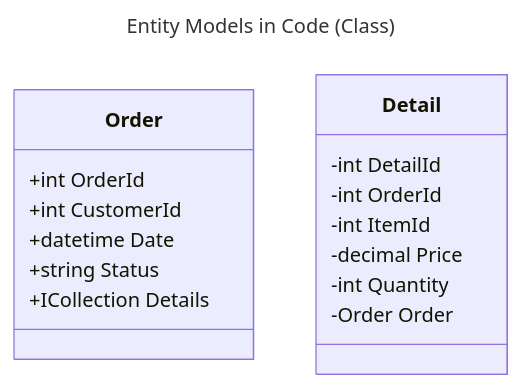
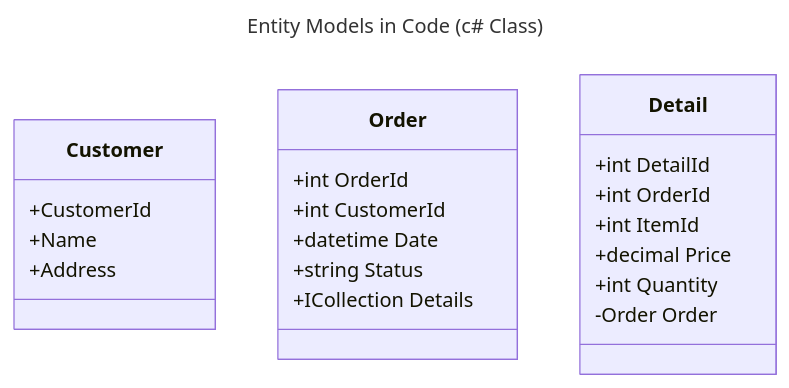
The second of 7 diagrams in dapper.md (pauljeanquart/mermaid), drawn with Mermaid before and after one commit. The commit also changed other lines of this file, not shown here.

````diff
--- a/dapper.md
+++ b/dapper.md
@@ -31,21 +31,26 @@
 ```mermaid
 ---
-title: Entity Models in Code (Class)
+title: Entity Models in Code (c# Class)
 ---
 classDiagram
+    class Customer{
+        +CustomerId
+        +Name
+        +Address
+    }
     class Order{
         +int OrderId
         +int CustomerId
         +datetime Date
         +string Status
         +ICollection<Detail> Details
     }
     class Detail{
-        -int DetailId
-        -int OrderId
-        -int ItemId
-        -decimal Price
-        -int Quantity
+        +int DetailId
+        +int OrderId
+        +int ItemId
+        +decimal Price
+        +int Quantity
         -Order Order
     }
 ```
````
